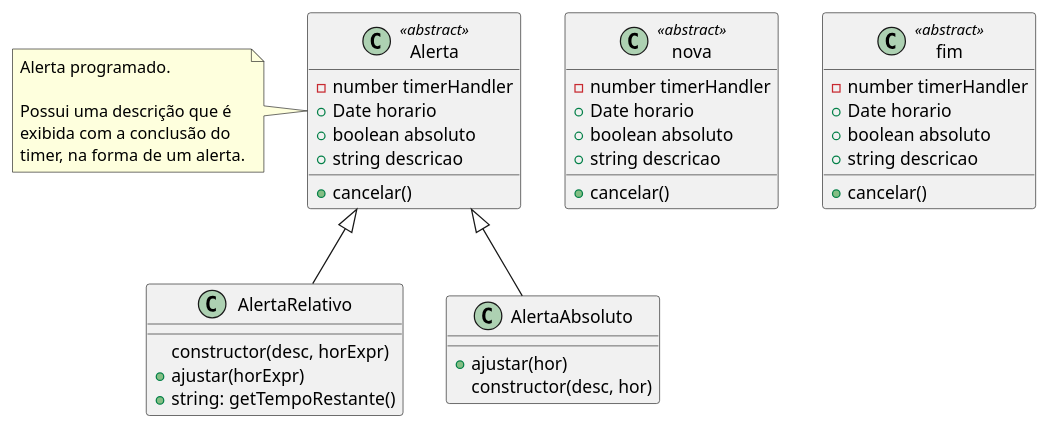
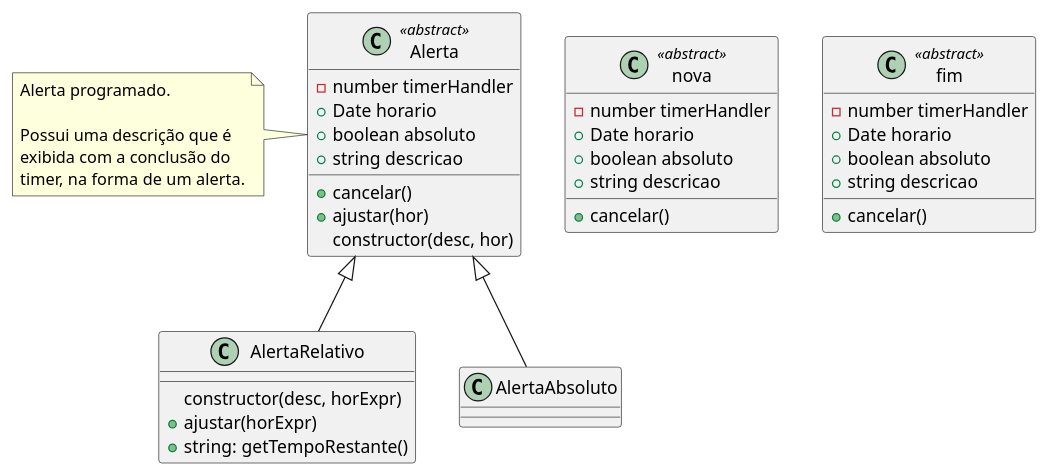
One commit to ealande/plantuml-demo changed the diagram in classes.puml. Above: the diagram before and after it, drawn with PlantUML.

Commit message:
move metodos da alertabsoluto para alerta

```diff
--- a/classes.puml
+++ b/classes.puml
@@ -1,42 +1,41 @@
 @startuml "Classes"
 
 top to bottom direction
 class nova <<abstract>> {
   - number timerHandler
   + Date horario
   + boolean absoluto
   + string descricao
   + cancelar()
 }
 class Alerta <<abstract>> {
   - number timerHandler
   + Date horario
   + boolean absoluto
   + string descricao
   + cancelar()
+  + ajustar(hor)
+  constructor(desc, hor)
 }
+
 note left of Alerta : Alerta programado.\n\nPossui uma descrição que é\nexibida com a conclusão do\ntimer, na forma de um alerta.
 
 class AlertaRelativo {
   constructor(desc, horExpr)
   + ajustar(horExpr)
   + string: getTempoRestante()
 }
 
-class AlertaAbsoluto {
-  + ajustar(hor)
-  constructor(desc, hor)
-}
 
 class fim <<abstract>> {
   - number timerHandler
   + Date horario
   + boolean absoluto
   + string descricao
   + cancelar()
 }
 
 Alerta <|-- AlertaRelativo
 Alerta <|-- AlertaAbsoluto
 
 @enduml
```
